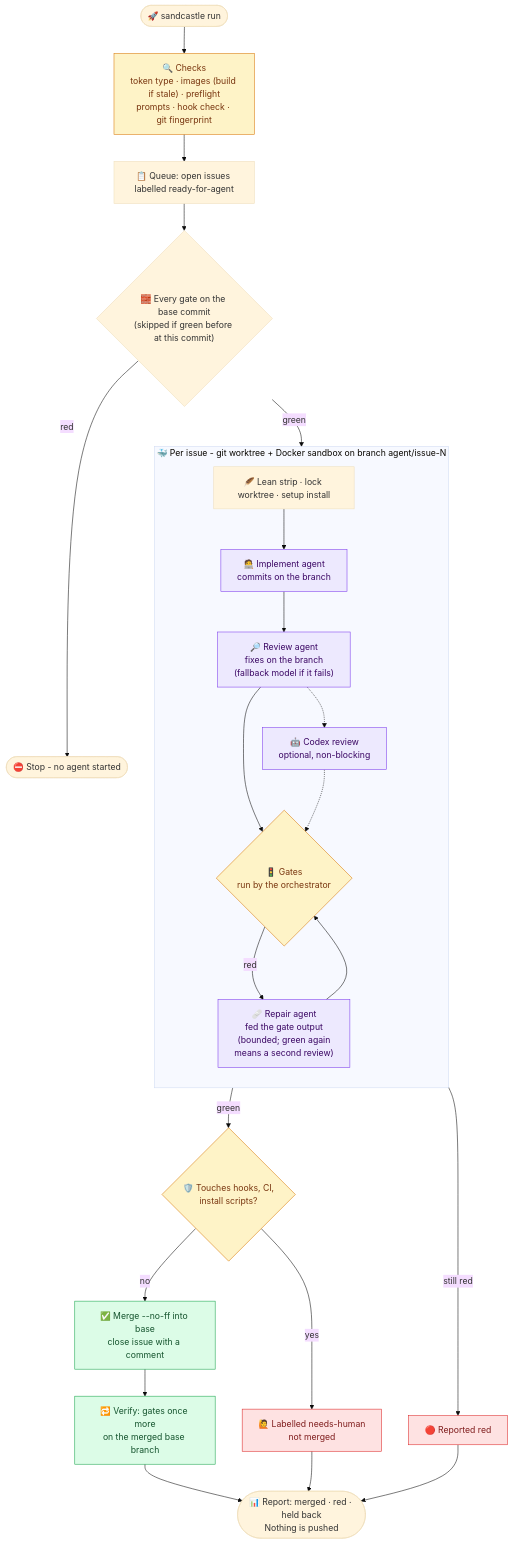
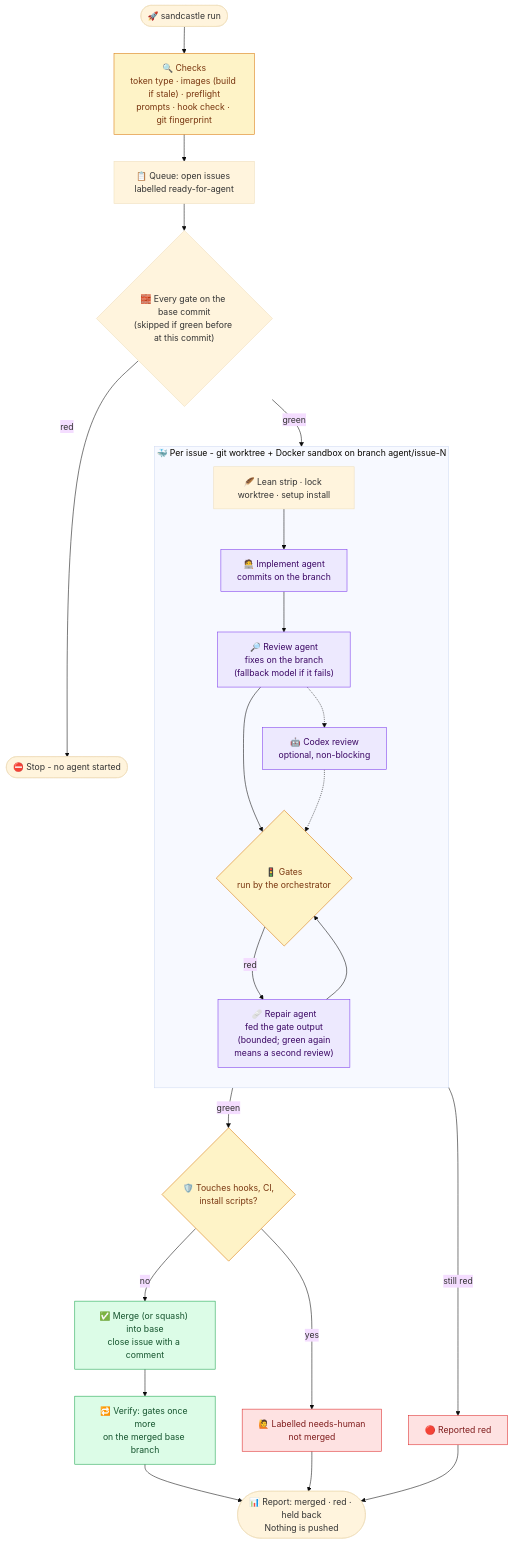
One commit to henkisdabro/sandcastle-kit changed the second of 3 diagrams in README.md. Above: the diagram before and after it, drawn with Mermaid (base theme). The commit also changed other lines of this file and 7 other files, not shown here.

````diff
--- a/README.md
+++ b/README.md
@@ -210,37 +213,37 @@
 ```mermaid
 flowchart TD
     S(["🚀 sandcastle run"]) --> P["🔍 Checks<br/>token type · images (build if stale) · preflight<br/>prompts · hook check · git fingerprint"]
     P --> Q["📋 Queue: open issues labelled ready-for-agent"]
     Q --> B{"🧱 Every gate on the base commit<br/>(skipped if green before at this commit)"}
     B -- "red" --> STOP(["⛔ Stop - no agent started"])
     B -- "green" --> W
 
     subgraph W ["🐳 Per issue - git worktree + Docker sandbox on branch agent/issue-N"]
         direction TB
         L["🪶 Lean strip · lock worktree · setup install"] --> I["🧑‍💻 Implement agent<br/>commits on the branch"]
         I --> R["🔎 Review agent<br/>fixes on the branch<br/>(fallback model if it fails)"]
         R -.-> X["🤖 Codex review<br/>optional, non-blocking"]
         R --> G{"🚦 Gates<br/>run by the orchestrator"}
         X -.-> G
         G -- "red" --> FX["🩹 Repair agent<br/>fed the gate output<br/>(bounded; green again<br/>means a second review)"]
         FX --> G
     end
 
     G -- "green" --> PP{"🛡️ Touches hooks, CI,<br/>install scripts?"}
     G -- "still red" --> RED["🔴 Reported red"]
-    PP -- "no" --> M["✅ Merge --no-ff into base<br/>close issue with a comment"]
+    PP -- "no" --> M["✅ Merge (or squash) into base<br/>close issue with a comment"]
     PP -- "yes" --> NH["🙋 Labelled needs-human<br/>not merged"]
     M --> V["🔁 Verify: gates once more<br/>on the merged base branch"]
     V --> REP(["📊 Report: merged · red · held back<br/>Nothing is pushed"])
     RED --> REP
     NH --> REP
 
     classDef ok fill:#dcfce7,stroke:#16a34a,color:#14532d
     classDef bad fill:#fee2e2,stroke:#dc2626,color:#7f1d1d
     classDef agent fill:#ede9fe,stroke:#7c3aed,color:#3b0764
     classDef gate fill:#fef3c7,stroke:#d97706,color:#78350f
     class M,V ok
     class RED,NH bad
     class I,R,X,FX agent
     class G,PP,P gate
 ```
````
